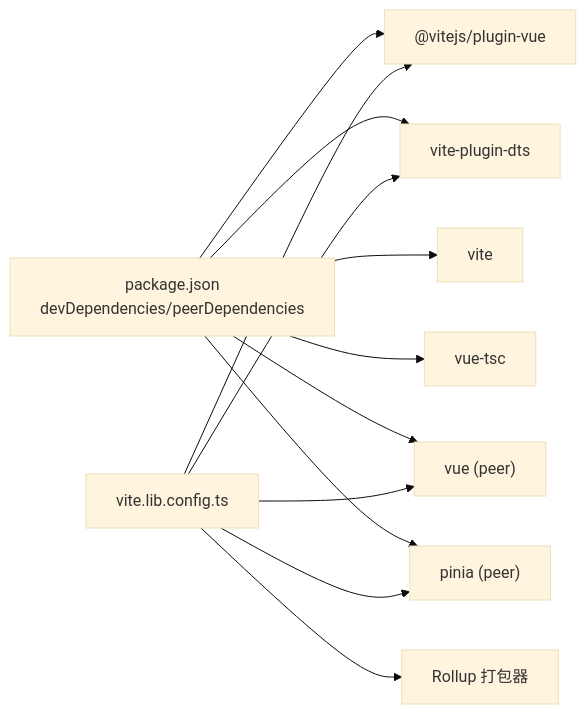
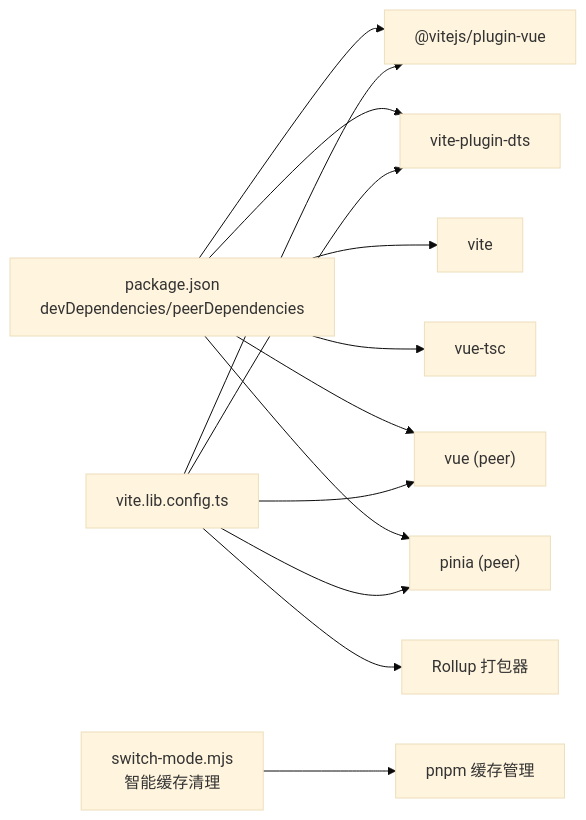
The third of 3 diagrams in .qoder/repowiki/zh/content/开发指南/构建流程.md (Easemob-Community/easemob-uikit-callkit-vue3), drawn with Mermaid (base theme) before and after one commit. The commit also changed other lines of this file and 40 other files, not shown here.

````diff
--- a/.qoder/repowiki/zh/content/开发指南/构建流程.md
+++ b/.qoder/repowiki/zh/content/开发指南/构建流程.md
@@ -276,14 +305,15 @@
 ```mermaid
 graph LR
 P["package.json<br/>devDependencies/peerDependencies"] --> Vite["@vitejs/plugin-vue"]
 P --> DTS["vite-plugin-dts"]
 P --> ViteCore["vite"]
 P --> VueTSC["vue-tsc"]
 P --> Vue["vue (peer)"]
 P --> Pinia["pinia (peer)"]
 ViteLibCfg["vite.lib.config.ts"] --> Vite
 ViteLibCfg --> DTS
 ViteLibCfg --> Rollup["Rollup 打包器"]
 ViteLibCfg --> Vue
 ViteLibCfg --> Pinia
+Switch["switch-mode.mjs<br/>智能缓存清理"] --> Pnpm["pnpm 缓存管理"]
 ```
````
